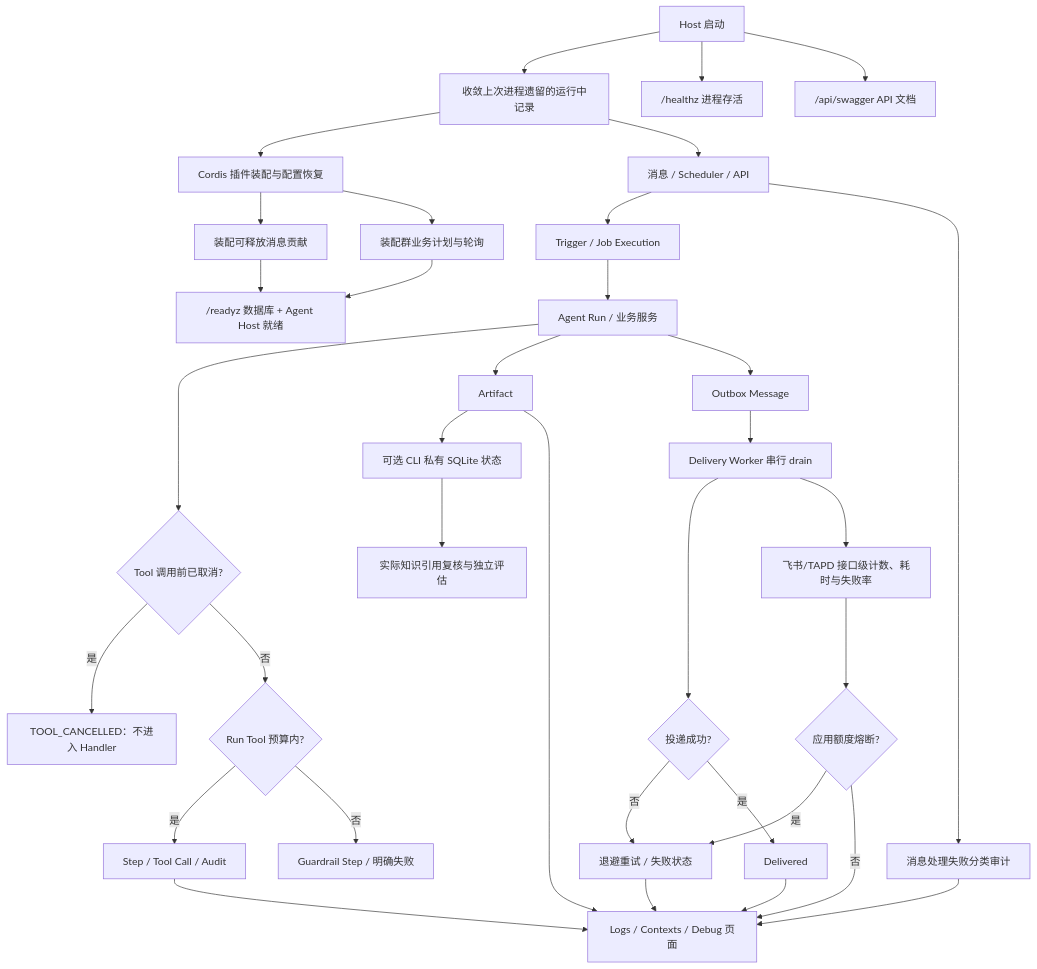
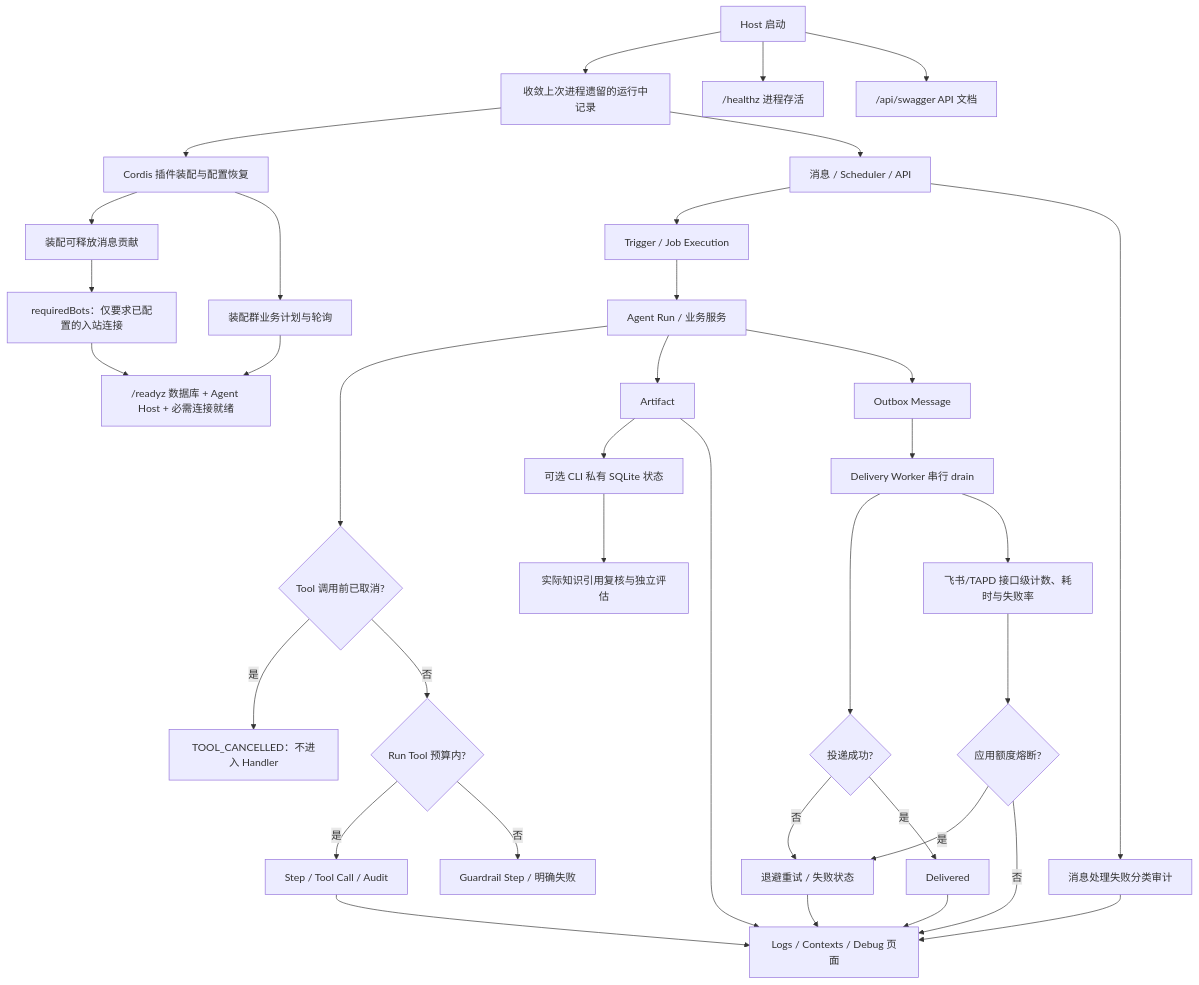
The diagram in backend/src/platform/runtime/FEATURE.md (KlayPeter/AI-Delivery-Ops-Agent), drawn with Mermaid before and after one commit. The commit also changed other lines of this file and 6 other files, not shown here.

````diff
--- a/backend/src/platform/runtime/FEATURE.md
+++ b/backend/src/platform/runtime/FEATURE.md
@@ -21,37 +21,38 @@
 ```mermaid
 flowchart TD
     R["Host 启动"] --> S["收敛上次进程遗留的运行中记录"]
     R --> Q["/healthz 进程存活"]
     R --> OAPI["/api/swagger API 文档"]
     S --> P["Cordis 插件装配与配置恢复"]
     P --> MR["装配可释放消息贡献"]
-    MR --> Z["/readyz 数据库 + Agent Host 就绪"]
+    MR --> BC["requiredBots：仅要求已配置的入站连接"]
+    BC --> Z["/readyz 数据库 + Agent Host + 必需连接就绪"]
     P --> SJ[装配群业务计划与轮询]
     SJ --> Z
     S --> A["消息 / Scheduler / API"]
     A --> B["Trigger / Job Execution"]
     B --> C["Agent Run / 业务服务"]
     C --> TC{"Tool 调用前已取消?"}
     TC -- 是 --> TR["TOOL_CANCELLED：不进入 Handler"]
     TC -- 否 --> L{"Run Tool 预算内?"}
     L -- 是 --> D["Step / Tool Call / Audit"]
     L -- 否 --> M["Guardrail Step / 明确失败"]
     C --> E["Artifact"]
     C --> F["Outbox Message"]
     F --> G["Delivery Worker 串行 drain"]
     G --> H{"投递成功?"}
     H -- 否 --> I["退避重试 / 失败状态"]
     H -- 是 --> J["Delivered"]
     D --> K["Logs / Contexts / Debug 页面"]
     A --> X["消息处理失败分类审计"]
     X --> K
     E --> KS[可选 CLI 私有 SQLite 状态]
     KS --> IC[实际知识引用复核与独立评估]
     E --> K
     I --> K
     J --> K
     G --> Y["飞书/TAPD 接口级计数、耗时与失败率"]
     Y --> Z1{"应用额度熔断?"}
     Z1 -- "是" --> I
     Z1 -- "否" --> K
 ```
````
